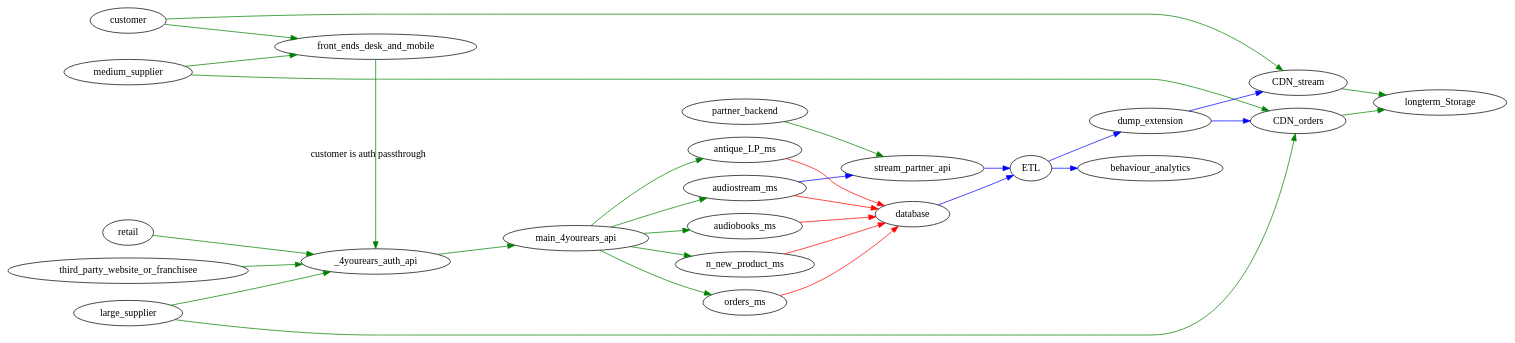
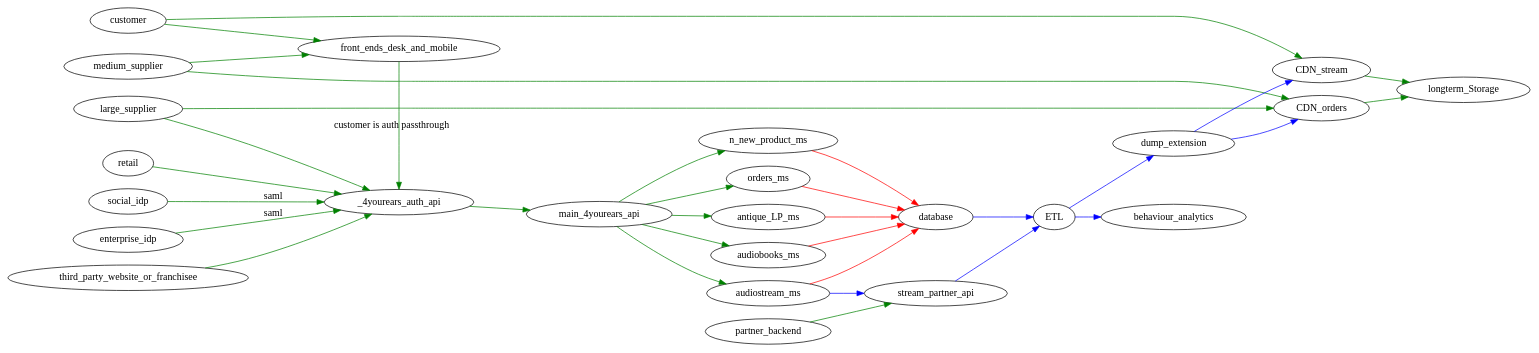
One commit to manilabay/dot-graphviz changed the diagram in diagrams/mt-challenge-solution/mt-logical-architecture.dot. Above: the diagram before and after it, drawn with Graphviz. The commit also changed 1 other file, not shown here.

Commit message:
adding IdP SSO architecture: aws cognito for social networks, ADFS for enterprise users, or ForgeRock

```diff
--- a/diagrams/mt-challenge-solution/mt-logical-architecture.dot
+++ b/diagrams/mt-challenge-solution/mt-logical-architecture.dot
@@ -1,47 +1,49 @@
 
 digraph architecture {
   rankdir=LR;
 
   subgraph client_side_apps {
       front_ends_desk_and_mobile -> {_4yourears_auth_api} [label="customer is auth passthrough" color="green"];
 
       customer -> {front_ends_desk_and_mobile} [color="green"];
       retail -> {_4yourears_auth_api} [color="green"];
+      social_idp -> {_4yourears_auth_api} [label="saml" color="green"];
+      enterprise_idp -> {_4yourears_auth_api} [label="saml" color="green"];
       _4yourears_auth_api -> {main_4yourears_api} [color="green"];
       medium_supplier -> {front_ends_desk_and_mobile} [color="green"];
       large_supplier -> {_4yourears_auth_api} [color="green"];
       partner_backend -> {stream_partner_api} [color="green"];
       third_party_website_or_franchisee -> {_4yourears_auth_api} [color="green"];
 
       {rank=same; front_ends_desk_and_mobile, _4yourears_auth_api} [color="green"];
   }
 
   subgraph api_gateways {
       main_4yourears_api -> {antique_LP_ms, audiobooks_ms, audiostream_ms, n_new_product_ms, orders_ms} [color="green"];
   }
 
   subgraph microservices {
       orders_ms -> {database} [color="red"];
       antique_LP_ms -> {database} [color="red"];
       audiobooks_ms -> {database} [color="red"];
       n_new_product_ms -> {database} [color="red"];
       audiostream_ms -> {database} [color="red"];
       audiostream_ms -> {stream_partner_api} [color="blue"];
 
       dump_extension -> {CDN_orders} [color="blue"];
       dump_extension -> {CDN_stream} [color="blue"];
 
       database -> {ETL} [color="blue"];
       ETL -> behaviour_analytics [color="blue"];
       stream_partner_api -> {ETL} [color="blue"];
       ETL -> dump_extension [color="blue"];
 
       customer -> {CDN_stream} [color="green"];
       medium_supplier -> {CDN_orders} [color="green"];
       large_supplier -> {CDN_orders} [color="green"];
 
       CDN_orders -> {longterm_Storage} [color="green"];
       CDN_stream -> {longterm_Storage} [color="green"];
 
   }
 }
```
